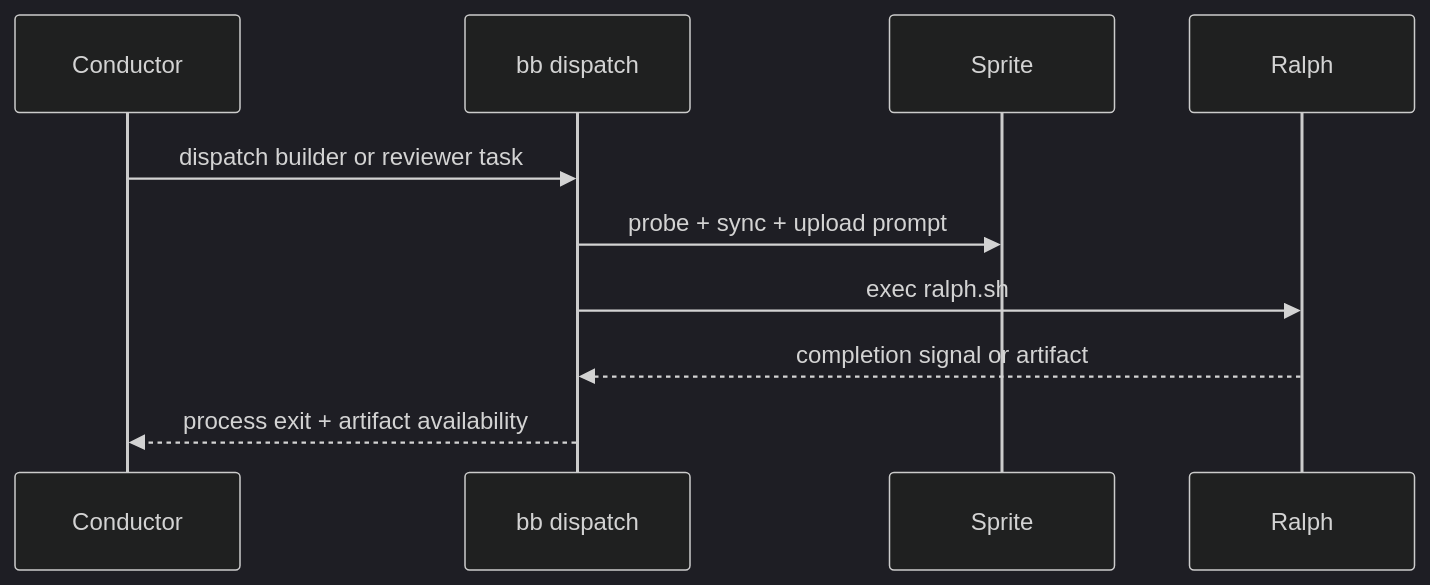
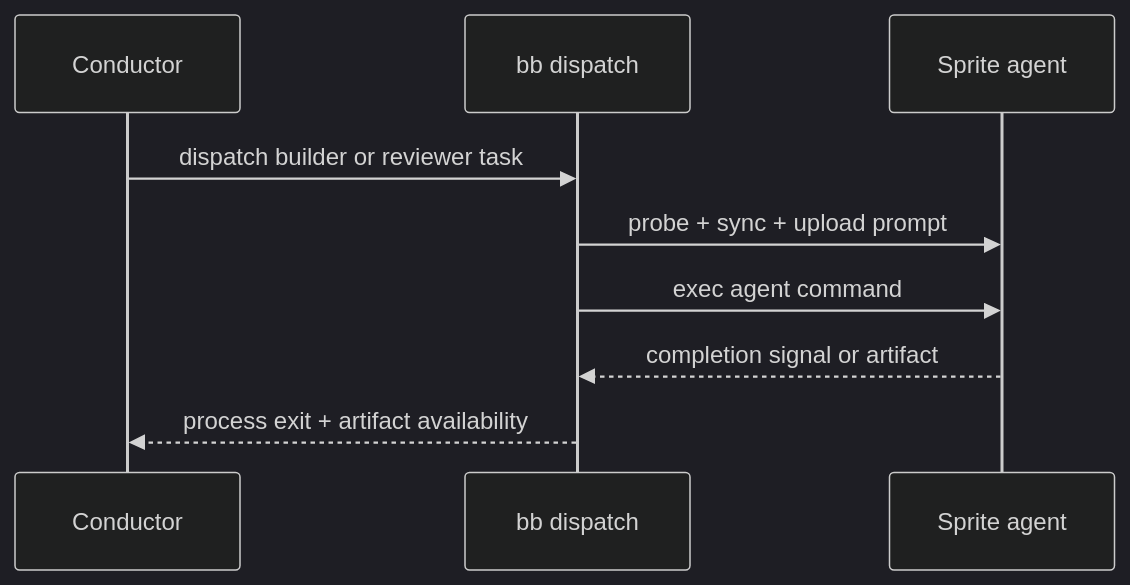
Before and after one commit to misty-step/bitterblossom: the fifth of 5 diagrams in docs/architecture/bb-cli.md, drawn with Mermaid (dark theme). The commit also changed other lines of this file and 39 other files, not shown here.

````diff
--- a/docs/architecture/bb-cli.md
+++ b/docs/architecture/bb-cli.md
@@ -70,13 +69,12 @@
 ```mermaid
 sequenceDiagram
     participant C as Conductor
     participant BB as bb dispatch
-    participant S as Sprite
-    participant R as Ralph
+    participant S as Sprite agent
 
     C->>BB: dispatch builder or reviewer task
     BB->>S: probe + sync + upload prompt
-    BB->>R: exec ralph.sh
-    R-->>BB: completion signal or artifact
+    BB->>S: exec agent command
+    S-->>BB: completion signal or artifact
     BB-->>C: process exit + artifact availability
 ```
````
